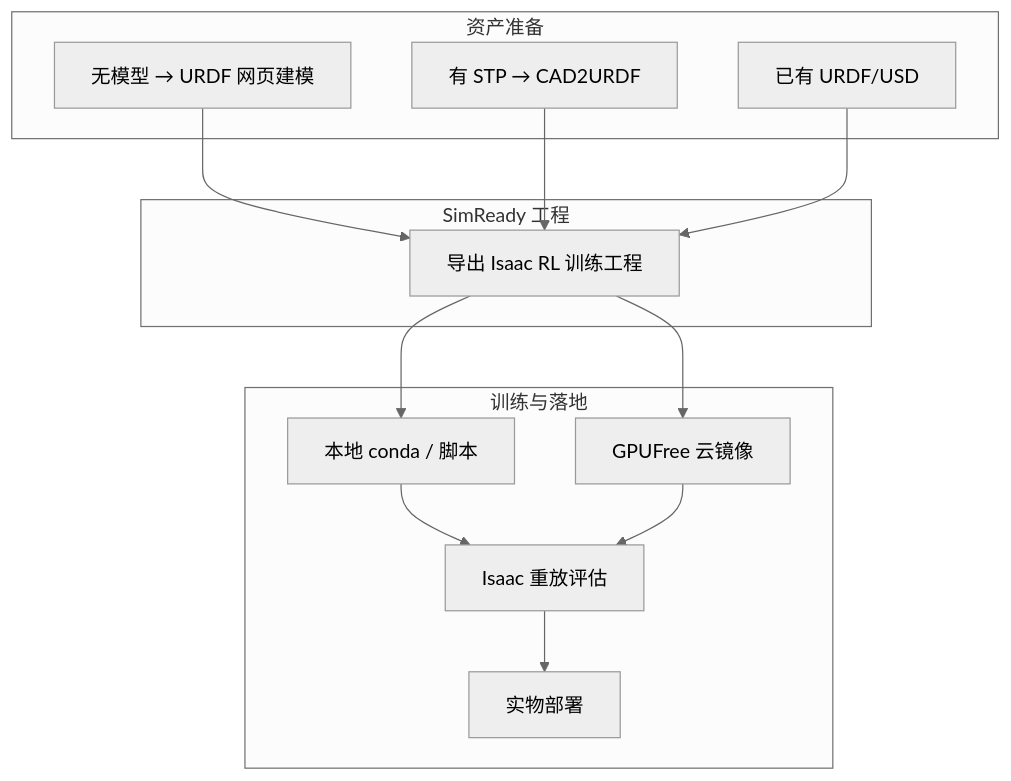
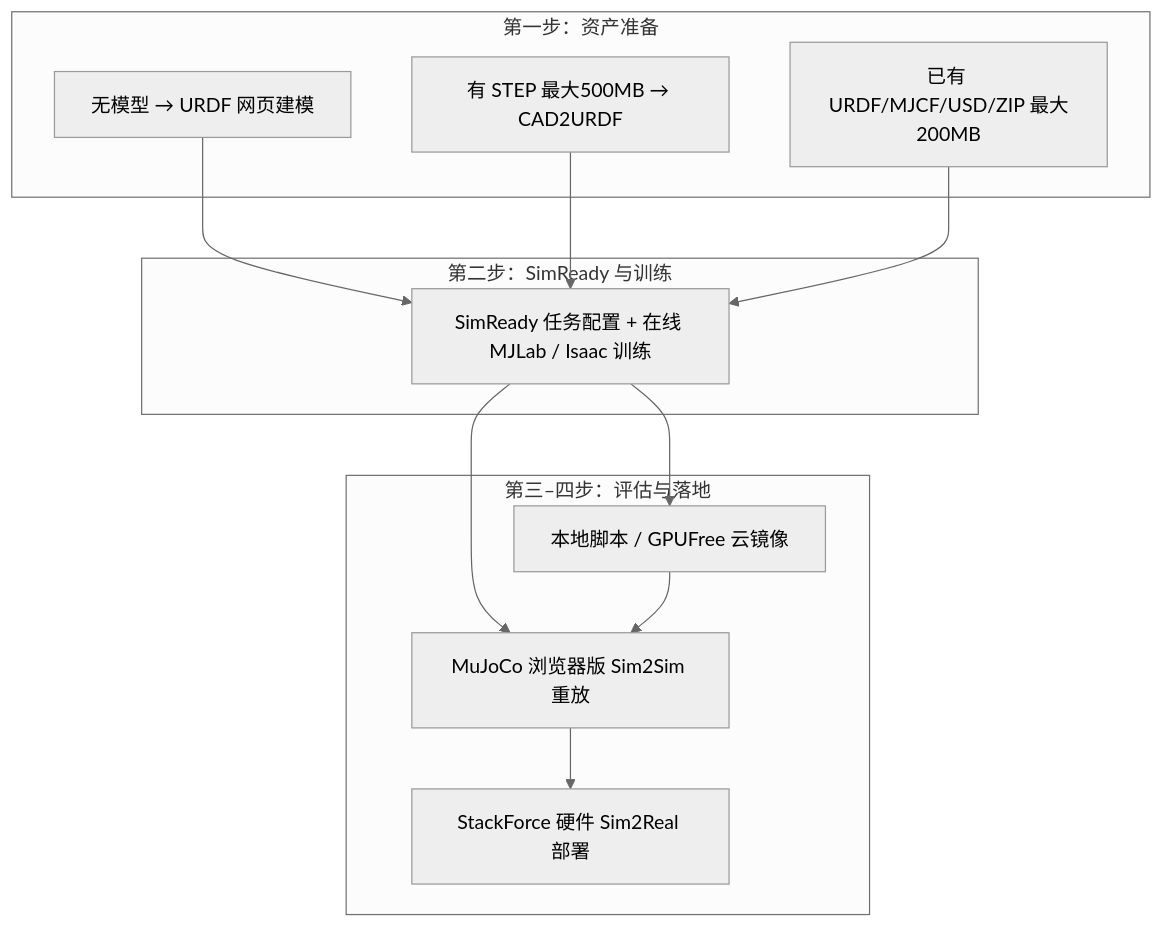
Before and after one commit to ImChong/Robotics_Notebooks: the diagram in wiki/entities/stackforce.md, drawn with Mermaid (neutral theme). The commit also changed other lines of this file and 41 other files, not shown here.

Commit message:
[2026-11-28] ingest | roadmap/depth-robot-modeling-digital-twin.md — 补齐 20 个纵深节点一手通读与阅读骨架，全路线达成 3/3 满分健康度

````diff
--- a/wiki/entities/stackforce.md
+++ b/wiki/entities/stackforce.md
@@ -74,25 +79,22 @@
 ```mermaid
 flowchart TB
-  subgraph asset["资产准备"]
+  subgraph asset["第一步：资产准备"]
     A0[无模型 → URDF 网页建模]
-    A1[有 STP → CAD2URDF]
-    A2[已有 URDF/USD]
+    A1[有 STEP 最大500MB → CAD2URDF]
+    A2[已有 URDF/MJCF/USD/ZIP 最大200MB]
   end
-  subgraph simready["SimReady 工程"]
-    EXP[导出 Isaac RL 训练工程]
+  subgraph simready["第二步：SimReady 与训练"]
+    EXP[SimReady 任务配置 + 在线 MJLab / Isaac 训练]
   end
-  subgraph train["训练与落地"]
-    LOC[本地 conda / 脚本]
-    CLOUD[GPUFree 云镜像]
-    EVAL[Isaac 重放评估]
-    DEPLOY[实物部署]
+  subgraph train["第三–四步：评估与落地"]
+    SIM2SIM[MuJoCo 浏览器版 Sim2Sim 重放]
+    CLOUD[本地脚本 / GPUFree 云镜像]
+    DEPLOY[StackForce 硬件 Sim2Real 部署]
   end
   A0 --> EXP
   A1 --> EXP
   A2 --> EXP
-  EXP --> LOC
-  EXP --> CLOUD
-  LOC --> EVAL
-  CLOUD --> EVAL
-  EVAL --> DEPLOY
+  EXP --> SIM2SIM
+  EXP --> CLOUD --> SIM2SIM
+  SIM2SIM --> DEPLOY
 ```
````
